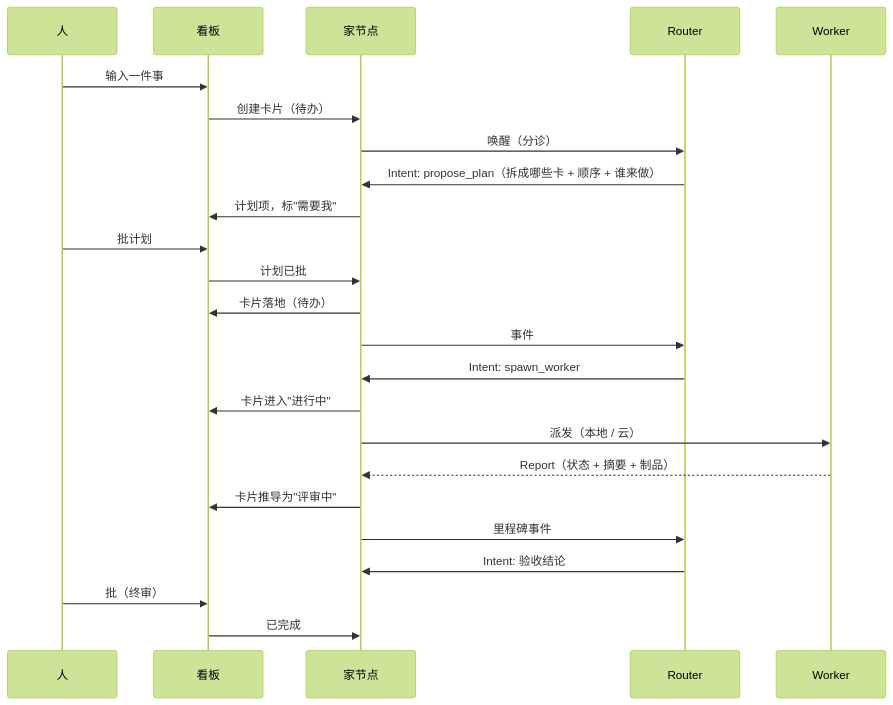
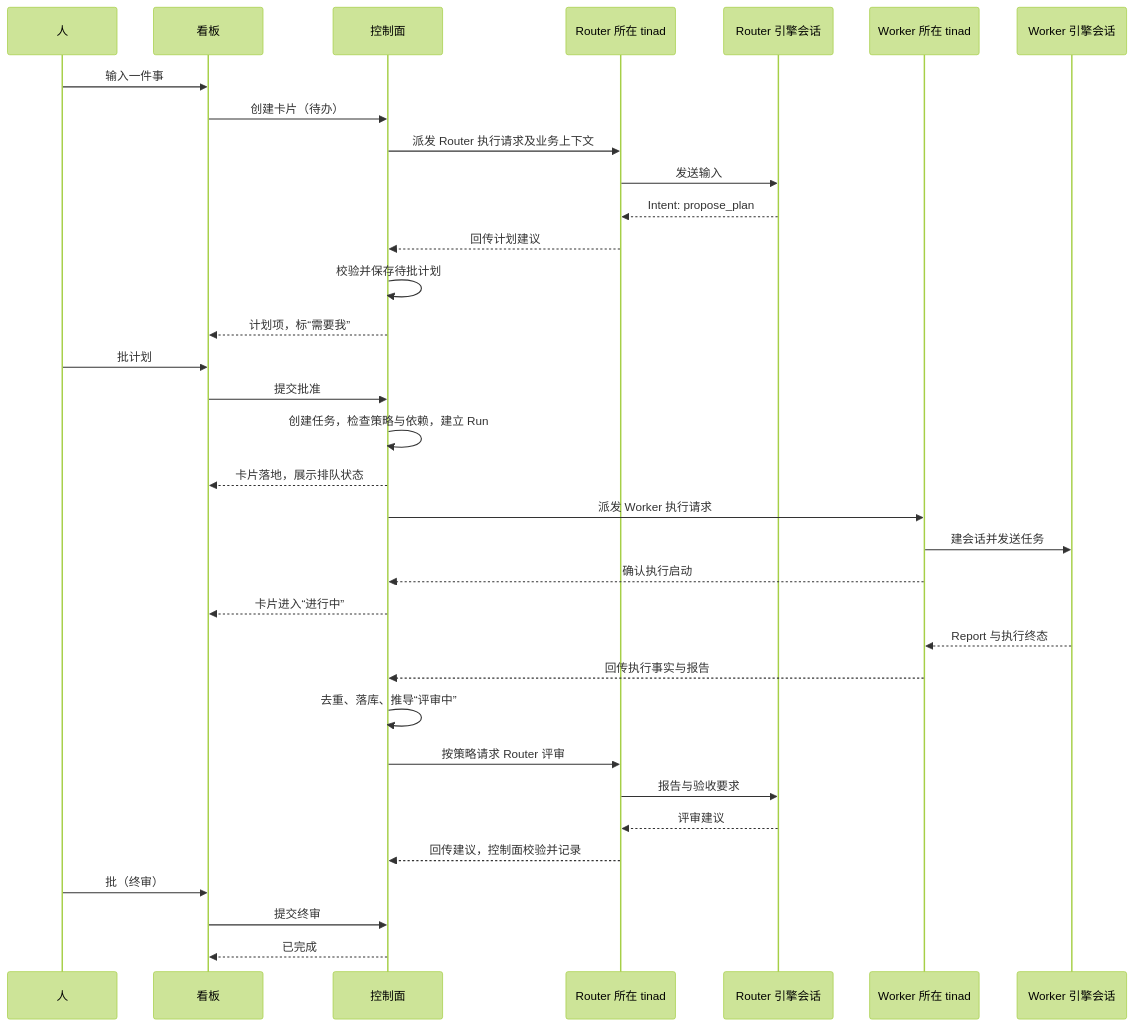
One commit to Cosss7/tina changed the fourth of 5 diagrams in docs/vision.md. Above: the diagram before and after it, drawn with Mermaid (forest theme). The commit also changed other lines of this file and 2 other files, not shown here.

First line of the commit message:
docs: 明确控制面与 tinad 边界及 Go 迁移计划

````diff
--- a/docs/vision.md
+++ b/docs/vision.md
@@ -634,26 +598,36 @@
 ```mermaid
 sequenceDiagram
   participant U as 人
   participant B as 看板
-  participant H as 家节点
-  participant R as Router
-  participant W as Worker
+  participant CP as 控制面
+  participant TR as Router 所在 tinad
+  participant R as Router 引擎会话
+  participant TW as Worker 所在 tinad
+  participant W as Worker 引擎会话
   U->>B: 输入一件事
-  B->>H: 创建卡片（待办）
-  H->>R: 唤醒（分诊）
-  R->>H: Intent: propose_plan（拆成哪些卡 + 顺序 + 谁来做）
-  H->>B: 计划项，标"需要我"
+  B->>CP: 创建卡片（待办）
+  CP->>TR: 派发 Router 执行请求及业务上下文
+  TR->>R: 发送输入
+  R-->>TR: Intent: propose_plan
+  TR-->>CP: 回传计划建议
+  CP->>CP: 校验并保存待批计划
+  CP-->>B: 计划项，标“需要我”
   U->>B: 批计划
-  B->>H: 计划已批
-  H->>B: 卡片落地（待办）
-  H->>R: 事件
-  R->>H: Intent: spawn_worker
-  H->>B: 卡片进入"进行中"
-  H->>W: 派发（本地 / 云）
-  W-->>H: Report（状态 + 摘要 + 制品）
-  H->>B: 卡片推导为"评审中"
-  H->>R: 里程碑事件
-  R->>H: Intent: 验收结论
+  B->>CP: 提交批准
+  CP->>CP: 创建任务，检查策略与依赖，建立 Run
+  CP-->>B: 卡片落地，展示排队状态
+  CP->>TW: 派发 Worker 执行请求
+  TW->>W: 建会话并发送任务
+  TW-->>CP: 确认执行启动
+  CP-->>B: 卡片进入“进行中”
+  W-->>TW: Report 与执行终态
+  TW-->>CP: 回传执行事实与报告
+  CP->>CP: 去重、落库、推导“评审中”
+  CP->>TR: 按策略请求 Router 评审
+  TR->>R: 报告与验收要求
+  R-->>TR: 评审建议
+  TR-->>CP: 回传建议，控制面校验并记录
   U->>B: 批（终审）
-  B->>H: 已完成
+  B->>CP: 提交终审
+  CP-->>B: 已完成
 ```
````
